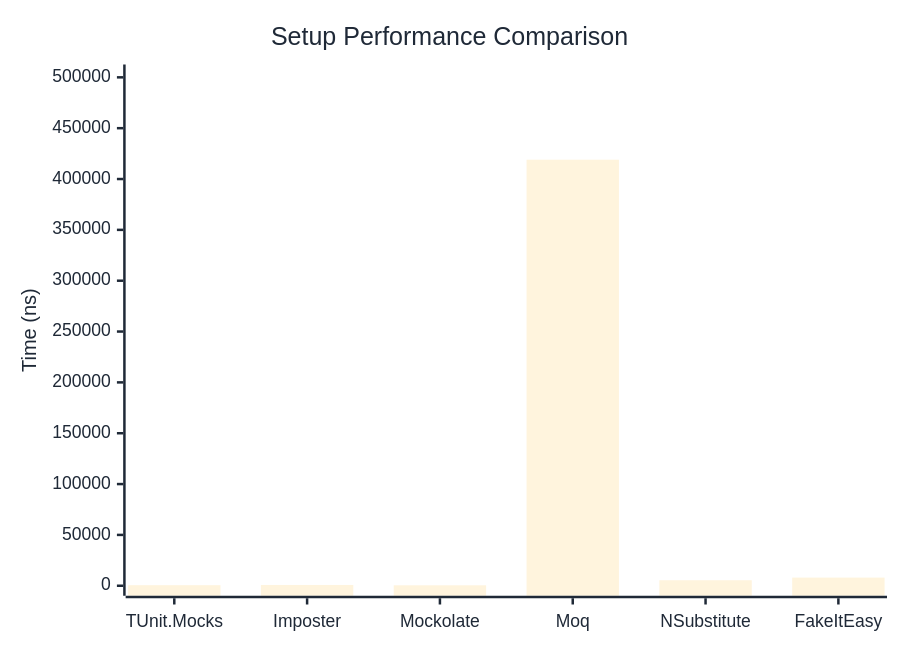
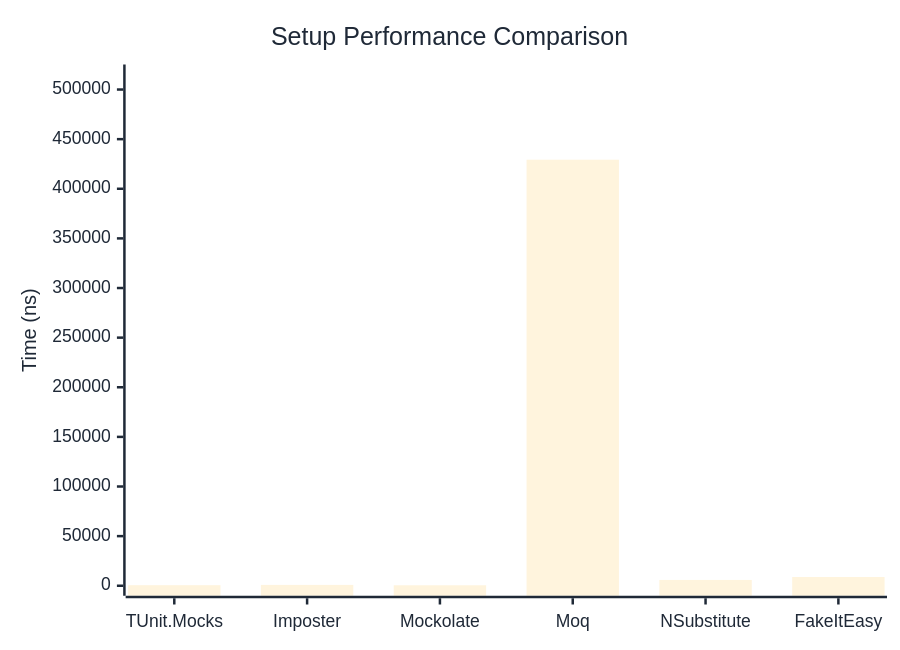
The first of 2 diagrams in docs/docs/benchmarks/mocks/Setup.md (thomhurst/TUnit), drawn with Mermaid before and after one commit. The commit also changed other lines of this file and 14 other files, not shown here.

````diff
--- a/docs/docs/benchmarks/mocks/Setup.md
+++ b/docs/docs/benchmarks/mocks/Setup.md
@@ -28,27 +28,27 @@
 ```mermaid
 %%{init: {
   'theme':'base',
   'themeVariables': {
     'primaryColor': '#2563eb',
     'primaryTextColor': '#1f2937',
     'primaryBorderColor': '#1e40af',
     'lineColor': '#6b7280',
     'secondaryColor': '#7c3aed',
     'tertiaryColor': '#dc2626',
     'background': '#ffffff',
     'pie1': '#2563eb',
     'pie2': '#7c3aed',
     'pie3': '#dc2626',
     'pie4': '#f59e0b',
     'pie5': '#10b981',
     'pie6': '#06b6d4',
     'pie7': '#ec4899',
     'pie8': '#6366f1'
   }
 }}%%
 xychart-beta
   title "Setup Performance Comparison"
   x-axis ["TUnit.Mocks", "Imposter", "Mockolate", "Moq", "NSubstitute", "FakeItEasy"]
-  y-axis "Time (ns)" 0 --> 502795
-  bar [557.4, 763.7, 437.8, 418995.5, 5422, 8015.8]
+  y-axis "Time (ns)" 0 --> 515146
+  bar [555.9, 865.2, 483.5, 429288.1, 5857.1, 8801]
 ```
````
